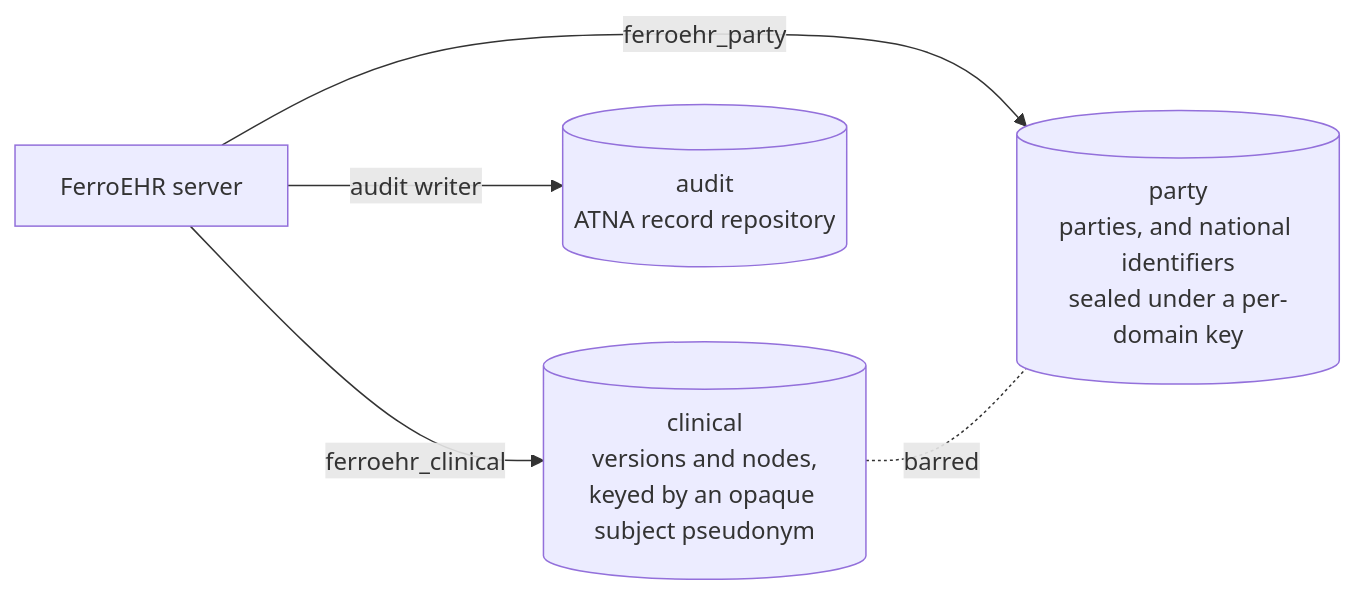
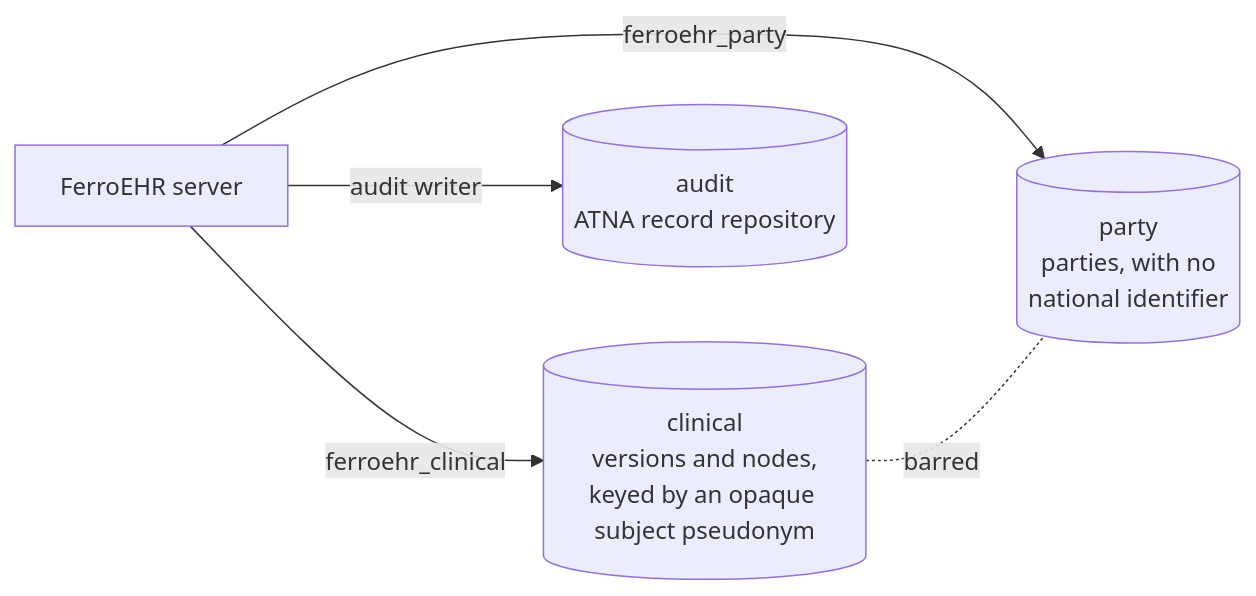
Before and after one commit to FerroHEALTH/FerroEHR: the diagram in website/book/src/security.md, drawn with Mermaid. The commit also changed other lines of this file and 101 other files, not shown here.

First line of the commit message:
refactor(privacy): remove the national-identifier protection (#6092)

````diff
--- a/website/book/src/security.md
+++ b/website/book/src/security.md
@@ -1170,8 +1169,8 @@
 ```mermaid
 flowchart LR
     server["FerroEHR server"]
     server -->|ferroehr_clinical| ehr[("clinical<br/>versions and nodes,<br/>keyed by an opaque subject pseudonym")]
-    server -->|ferroehr_party| demo[("party<br/>parties, and national identifiers<br/>sealed under a per-domain key")]
+    server -->|ferroehr_party| demo[("party<br/>parties, with no<br/>national identifier")]
     server -->|audit writer| audit[("audit<br/>ATNA record repository")]
     ehr -. barred .- demo
 ```
````
